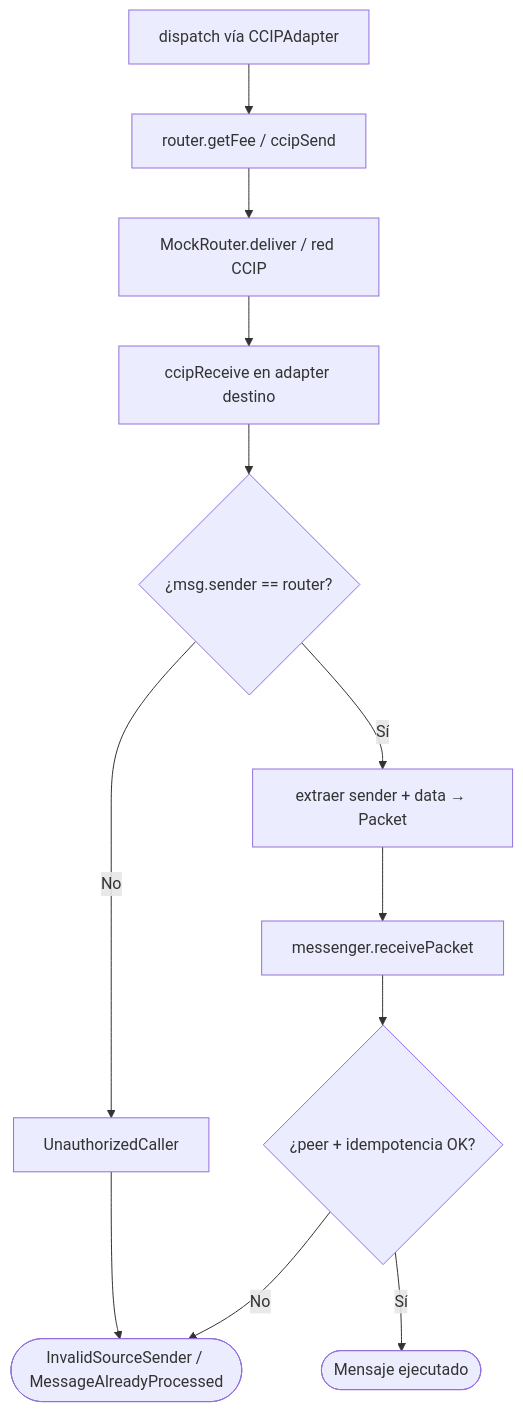
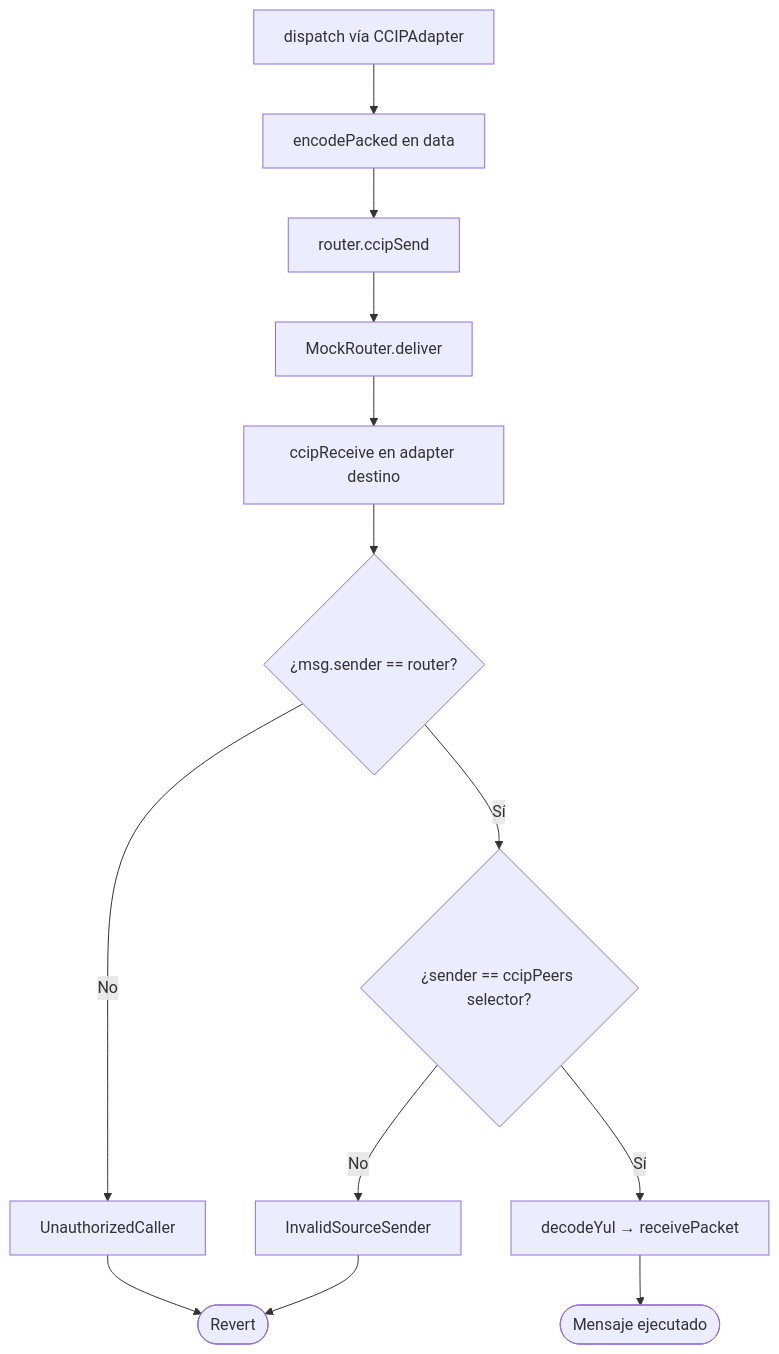
One commit to rastrahm/crosschain-messaging changed the fourth of 7 diagrams in doc/diagrama-de-flujo.md. Above: the diagram before and after it, drawn with Mermaid. The commit also changed other lines of this file and 7 other files, not shown here.

````diff
--- a/doc/diagrama-de-flujo.md
+++ b/doc/diagrama-de-flujo.md
@@ -79,14 +88,15 @@
 ```mermaid
 flowchart TD
-    A[dispatch vía CCIPAdapter] --> B[router.getFee / ccipSend]
-    B --> C[MockRouter.deliver / red CCIP]
-    C --> D[ccipReceive en adapter destino]
-    D --> E{¿msg.sender == router?}
-    E -->|No| R[UnauthorizedCaller]
-    E -->|Sí| F[extraer sender + data → Packet]
-    F --> G[messenger.receivePacket]
-    G --> H{¿peer + idempotencia OK?}
-    H -->|No| Fail([InvalidSourceSender / MessageAlreadyProcessed])
-    H -->|Sí| Ok([Mensaje ejecutado])
-    R --> Fail
+    A[dispatch vía CCIPAdapter] --> B[encodePacked en data]
+    B --> C[router.ccipSend]
+    C --> D[MockRouter.deliver]
+    D --> E[ccipReceive en adapter destino]
+    E --> F{¿msg.sender == router?}
+    F -->|No| R[UnauthorizedCaller]
+    F -->|Sí| G{¿sender == ccipPeers selector?}
+    G -->|No| S[InvalidSourceSender]
+    G -->|Sí| H[decodeYul → receivePacket]
+    H --> Ok([Mensaje ejecutado])
+    R --> Fail([Revert])
+    S --> Fail
 ```
````
